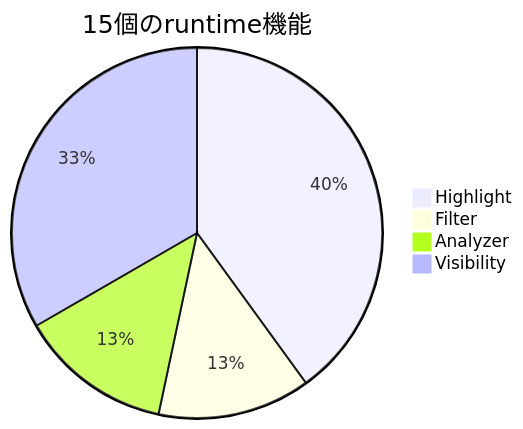
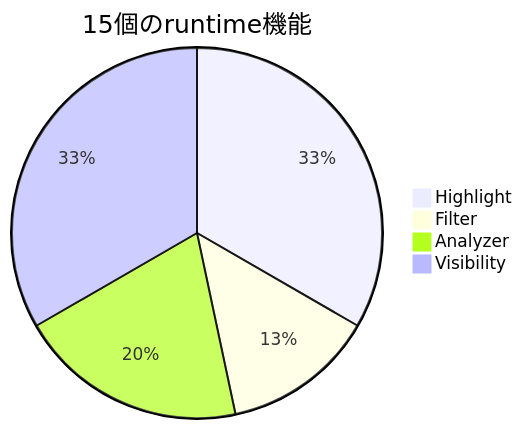
One commit to bosatsu25/ChiseTweaks changed the second of 2 diagrams in README.md. Above: the diagram before and after it, drawn with Mermaid. The commit also changed other lines of this file and 18 other files, not shown here.

First line of the commit message:
Unify Hidden Block highlight with Analyzer rendering (#167)

````diff
--- a/README.md
+++ b/README.md
@@ -69,7 +69,7 @@
 ```mermaid
 pie title 15個のruntime機能
-    "Highlight" : 6
+    "Highlight" : 5
     "Filter" : 2
-    "Analyzer" : 2
+    "Analyzer" : 3
     "Visibility" : 5
 ```
````
